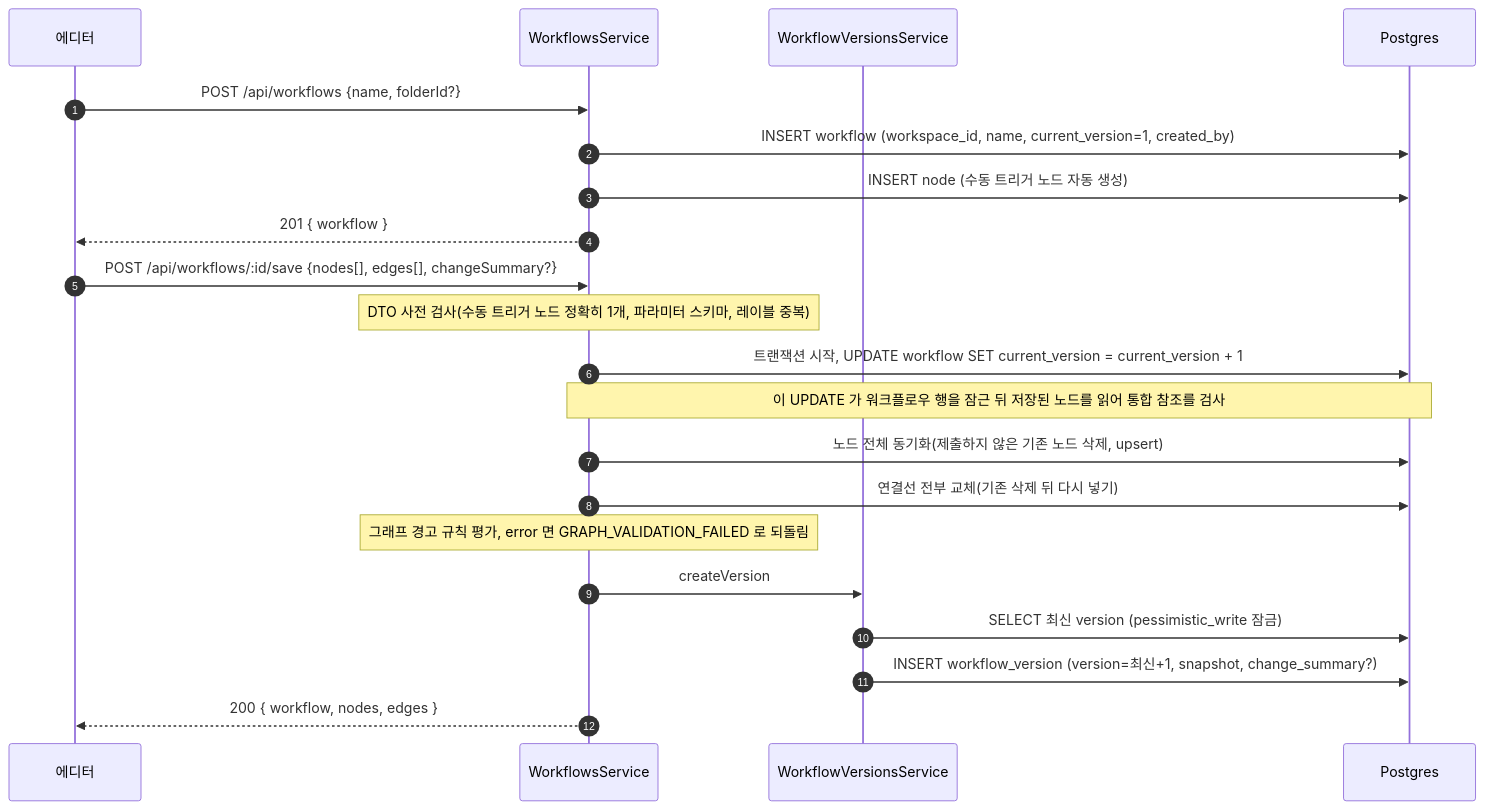
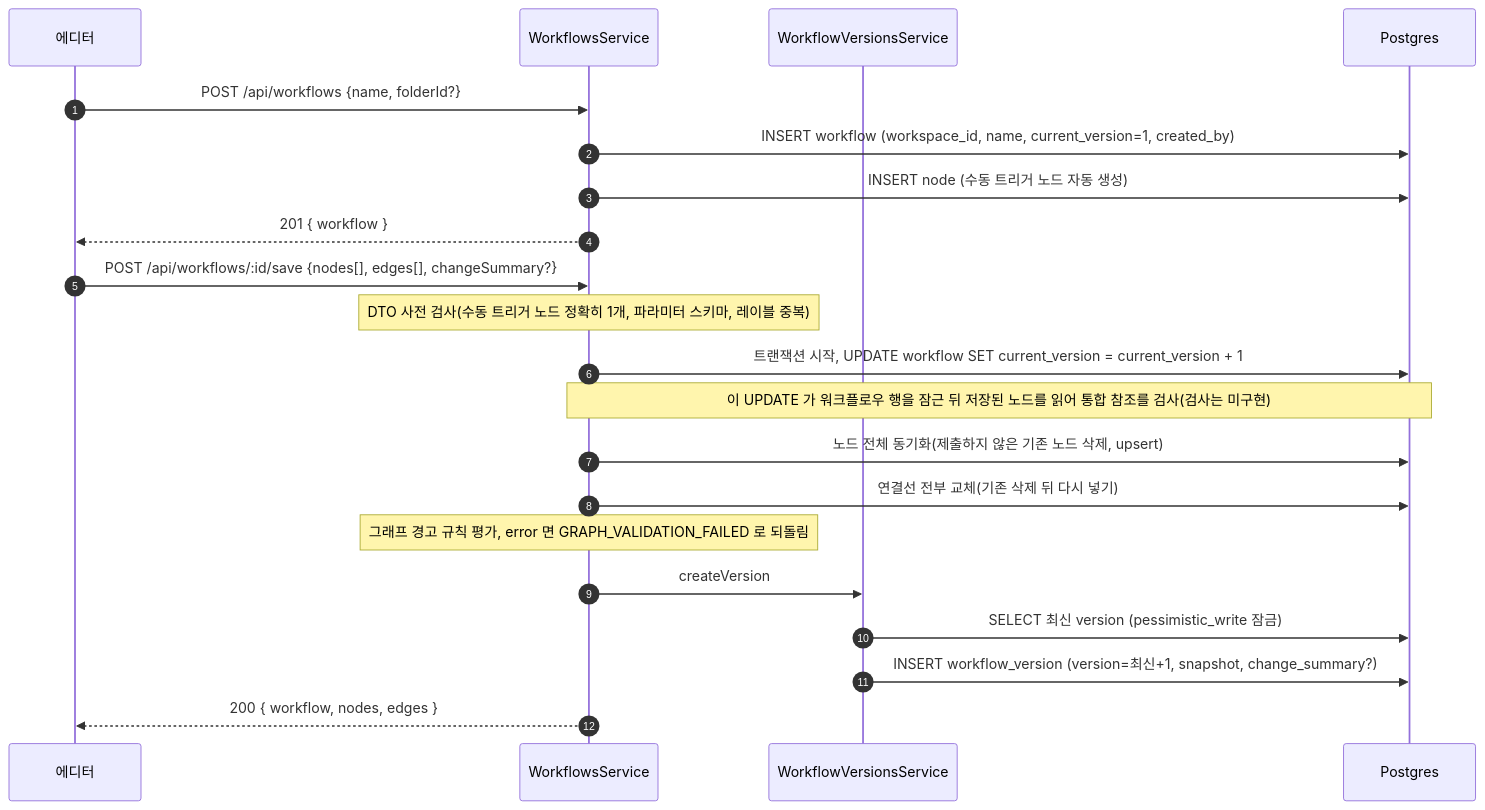
The second of 3 diagrams in spec/CLE-WF/CLE-WF-DATA.md (worker-ants/clemvion), drawn with Mermaid before and after one commit. The commit also changed other lines of this file and 12 other files, not shown here.

````diff
--- a/spec/CLE-WF/CLE-WF-DATA.md
+++ b/spec/CLE-WF/CLE-WF-DATA.md
@@ -199,23 +199,23 @@
 ```mermaid
 sequenceDiagram
   autonumber
   participant C as 에디터
   participant Wf as WorkflowsService
   participant Ver as WorkflowVersionsService
   participant PG as Postgres
   C->>Wf: POST /api/workflows {name, folderId?}
   Wf->>PG: INSERT workflow (workspace_id, name, current_version=1, created_by)
   Wf->>PG: INSERT node (수동 트리거 노드 자동 생성)
   Wf-->>C: 201 { workflow }
   C->>Wf: POST /api/workflows/:id/save {nodes[], edges[], changeSummary?}
   Note over Wf: DTO 사전 검사(수동 트리거 노드 정확히 1개, 파라미터 스키마, 레이블 중복)
   Wf->>PG: 트랜잭션 시작, UPDATE workflow SET current_version = current_version + 1
-  Note over Wf,PG: 이 UPDATE 가 워크플로우 행을 잠근 뒤 저장된 노드를 읽어 통합 참조를 검사
+  Note over Wf,PG: 이 UPDATE 가 워크플로우 행을 잠근 뒤 저장된 노드를 읽어 통합 참조를 검사(검사는 미구현)
   Wf->>PG: 노드 전체 동기화(제출하지 않은 기존 노드 삭제, upsert)
   Wf->>PG: 연결선 전부 교체(기존 삭제 뒤 다시 넣기)
   Note over Wf: 그래프 경고 규칙 평가, error 면 GRAPH_VALIDATION_FAILED 로 되돌림
   Wf->>Ver: createVersion
   Ver->>PG: SELECT 최신 version (pessimistic_write 잠금)
   Ver->>PG: INSERT workflow_version (version=최신+1, snapshot, change_summary?)
   Wf-->>C: 200 { workflow, nodes, edges }
 ```
````
